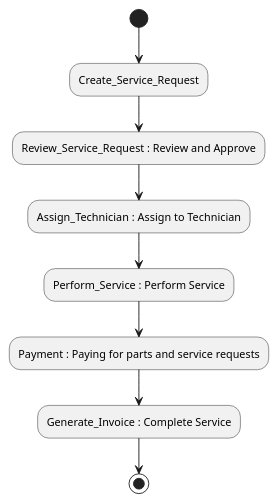
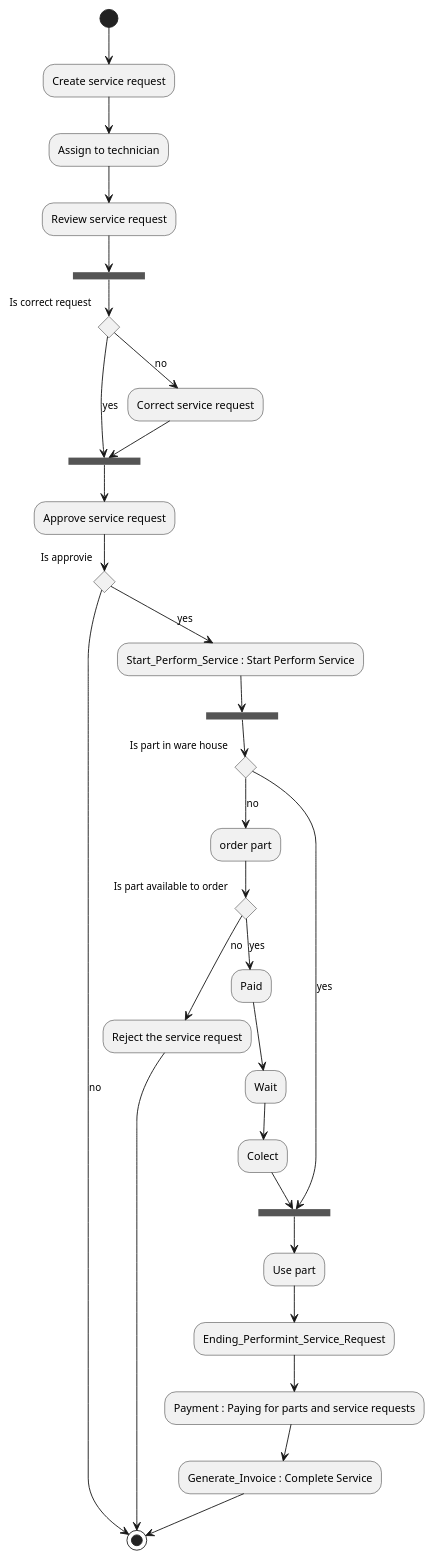
One commit to Fluorky/Computer-Service-Django-Api changed the diagram in umlDiagrams/computer_service_activity_diagram.plantuml. Above: the diagram before and after it, drawn with PlantUML. The commit also changed 2 other files, not shown here.

Commit message:
Update plantuml diagrams

```diff
--- a/umlDiagrams/computer_service_activity_diagram.plantuml
+++ b/umlDiagrams/computer_service_activity_diagram.plantuml
@@ -1,11 +1,37 @@
 @startuml
 
-(*) --> Create_Service_Request
---> Review_Service_Request : Review and Approve
---> Assign_Technician : Assign to Technician
---> Perform_Service : Perform Service
+(*) --> "Create service request" as Create_Service_Request 
+--> "Assign to technician" as Assign_Technician
+--> "Review service request" as Review_Service_Request 
+--> ===S1=== 
+if "Is correct request" then
+-->[yes] ===S2===
+else 
+-->[no] "Correct service request" as Correct
+--> ===S2===
+--> "Approve service request" as Approve_SR
+if "Is approvie" then
+-->[no] (*)
+else 
+-down->[yes] Start_Perform_Service : Start Perform Service
+--> ===S3=== 
+if "Is part in ware house" then
+-->[yes] ===S4===
+else 
+-->[no] "order part" as order
+if "Is part available to order" 
+--> [no] "Reject the service request"
+-->  (*)
+else
+--> [yes] Paid 
+--> Wait
+--> Colect
+--> ===S4===
+--> Use part
+--> Ending_Performint_Service_Request
 --> Payment : Paying for parts and service requests
+
 --> Generate_Invoice : Complete Service
 --> (*)
 
 @enduml
```
